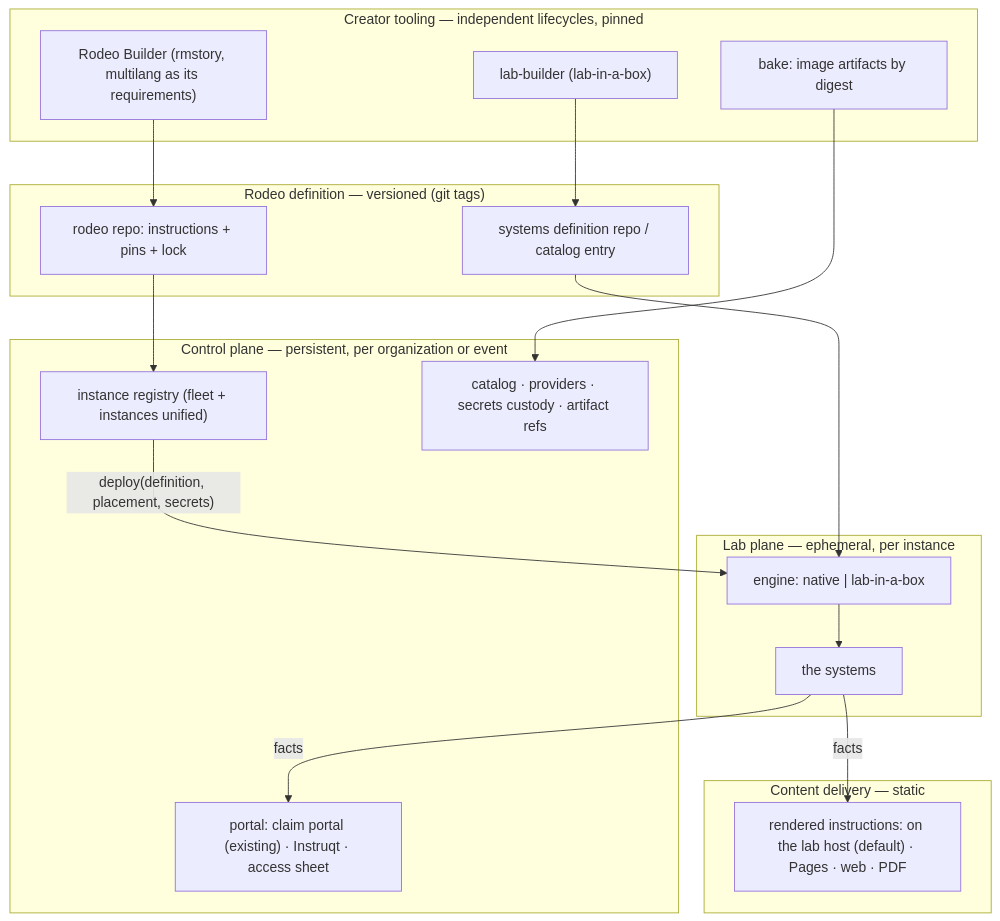
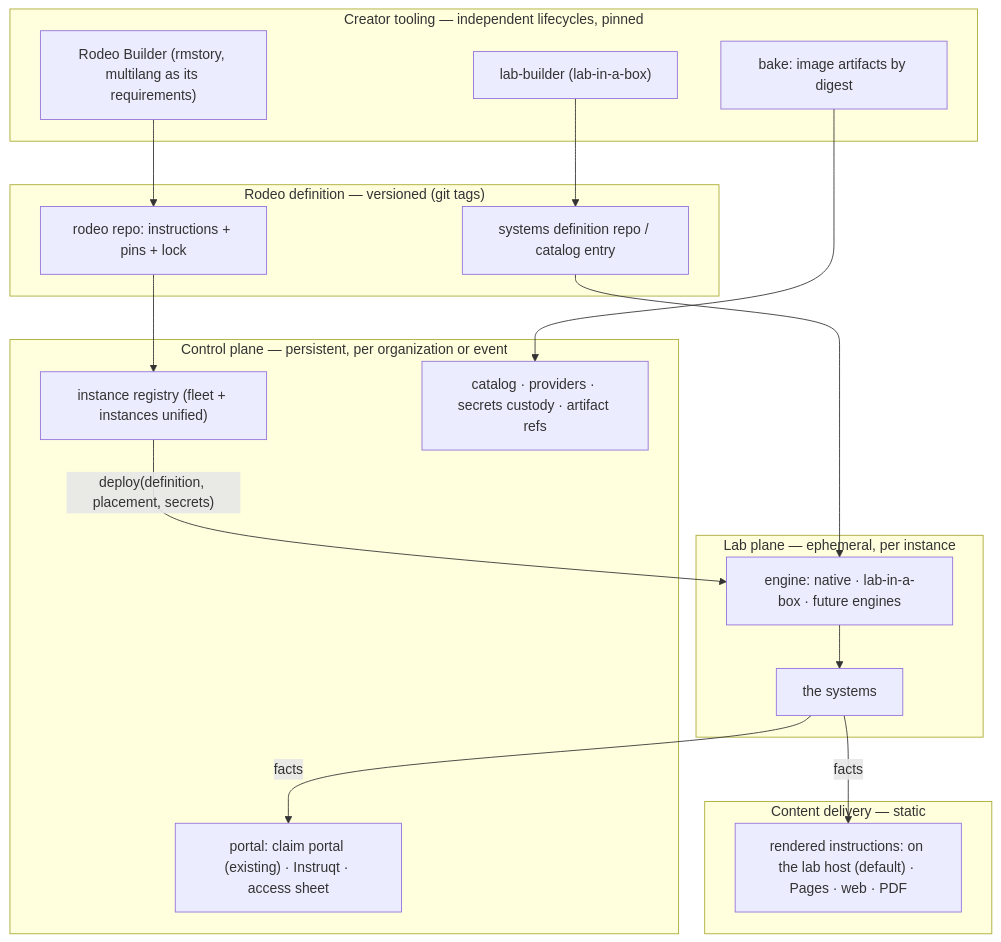
The second of 2 diagrams in docs/design/architecture-v2.md (avaleror/rodeo-cli), drawn with Mermaid before and after one commit. The commit also changed other lines of this file and 2 other files, not shown here.

Commit message:
docs(design): the engine set is open — native, lab-in-a-box, or engines added later

````diff
--- a/docs/design/architecture-v2.md
+++ b/docs/design/architecture-v2.md
@@ -128,33 +128,33 @@
 ```mermaid
 flowchart TB
   subgraph GOV["Rodeo definition — versioned (git tags)"]
     RD["rodeo repo: instructions + pins + lock"]
     SD["systems definition repo / catalog entry"]
   end
   subgraph CP["Control plane — persistent, per organization or event"]
     PORTAL["portal: claim portal (existing) · Instruqt · access sheet"]
     REG["instance registry (fleet + instances unified)"]
     CAT["catalog · providers · secrets custody · artifact refs"]
   end
   subgraph LP["Lab plane — ephemeral, per instance"]
-    ENG["engine: native | lab-in-a-box"]
+    ENG["engine: native · lab-in-a-box · future engines"]
     SYS["the systems"]
   end
   subgraph CD["Content delivery — static"]
     GUIDE["rendered instructions: on the lab host (default) · Pages · web · PDF"]
   end
   subgraph CT["Creator tooling — independent lifecycles, pinned"]
     BLD["Rodeo Builder (rmstory, multilang as its requirements)"]
     LB["lab-builder (lab-in-a-box)"]
     BAKE["bake: image artifacts by digest"]
   end
   RD --> REG
   SD --> ENG
   REG -- "deploy(definition, placement, secrets)" --> ENG
   ENG --> SYS
   SYS -- "facts" --> GUIDE
   SYS -- "facts" --> PORTAL
   BLD --> RD
   LB --> SD
   BAKE --> CAT
 ```
````
